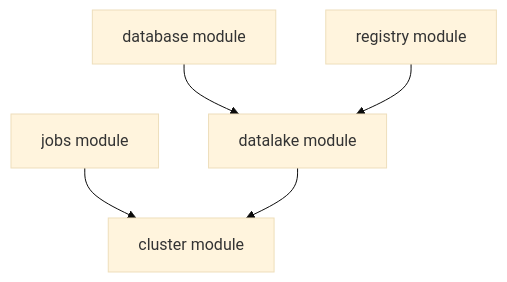
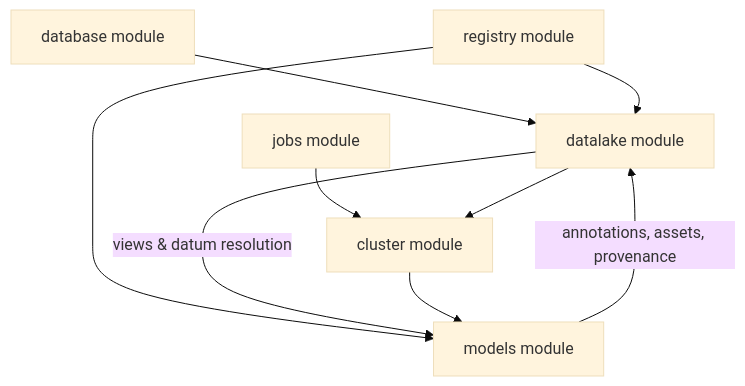
The sixth of 7 diagrams in docs/datalake-v3-proposal.md (Mindtrace/mindtrace), drawn with Mermaid (base theme) before and after one commit. The commit also changed other lines of this file, not shown here.

````diff
--- a/docs/datalake-v3-proposal.md
+++ b/docs/datalake-v3-proposal.md
@@ -698,11 +729,17 @@
 ```mermaid
 flowchart TD
     DB[database module]
     REG[registry module]
 
     DB --> DL[datalake module]
     REG --> DL
 
     JOBS[jobs module] --> CL[cluster module]
     DL --> CL
+
+    MD[models module]
+    REG --> MD
+    DL -->|views & datum resolution| MD
+    MD -->|annotations, assets, provenance| DL
+    CL --> MD
 ```
````
